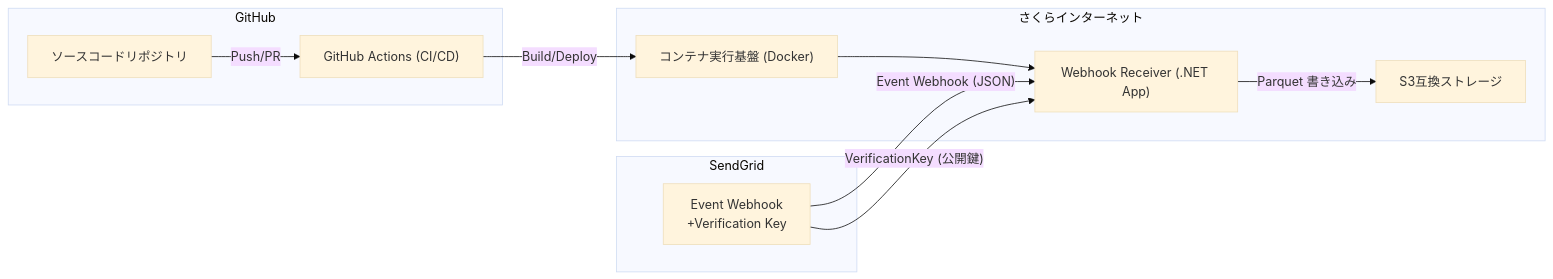
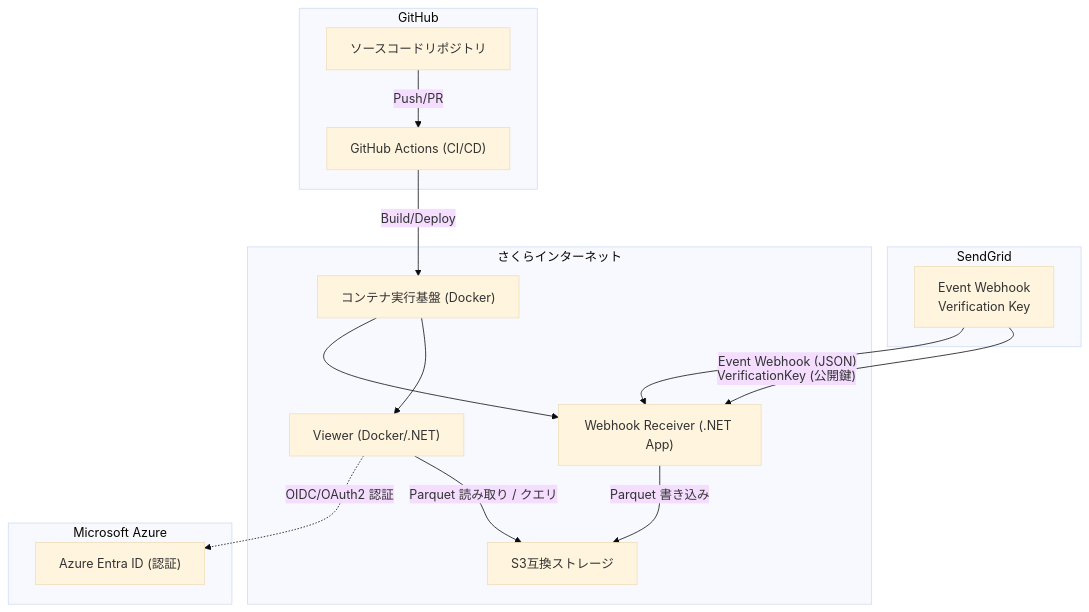
Before and after one commit to kamiyn/SendgridParquetLog: the first of 2 diagrams in README.md, drawn with Mermaid (base theme). The commit also changed other lines of this file, not shown here.

Commit message:
図の流れを LR から TD に変更

````diff
--- a/README.md
+++ b/README.md
@@ -17,30 +17,38 @@
 ```mermaid
-flowchart LR
+flowchart TD
   %% Providers as subgraphs
   subgraph SG[SendGrid]
-    sg["Event Webhook\n+Verification Key"]
+    sg["Event Webhook\nVerification Key"]
   end
 
   subgraph SI[さくらインターネット]
     platform["コンテナ実行基盤 (Docker)"]
     app["Webhook Receiver (.NET App)"]
+    viewer["Viewer (Docker/.NET)"]
     storage["S3互換ストレージ"]
   end
 
   subgraph GH[GitHub]
     repo["ソースコードリポジトリ"]
     actions["GitHub Actions (CI/CD)"]
   end
 
+  subgraph AZ[Microsoft Azure]
+    entra["Azure Entra ID (認証)"]
+  end
+
   %% CI/CD and hosting
   repo -- Push/PR --> actions
   actions -- Build/Deploy --> platform
   platform --> app
+  platform --> viewer
 
   %% Webhook + verification
   sg -- "Event Webhook (JSON)" --> app
   sg -- "VerificationKey (公開鍵)" --> app
 
-  %% Data sink
+  %% Data flows
   app -- "Parquet 書き込み" --> storage
+  viewer -. "OIDC/OAuth2 認証" .-> entra
+  viewer -- "Parquet 読み取り / クエリ" --> storage
 ```
````
